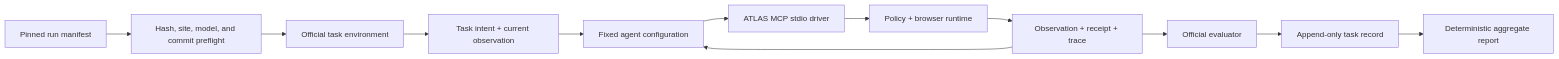
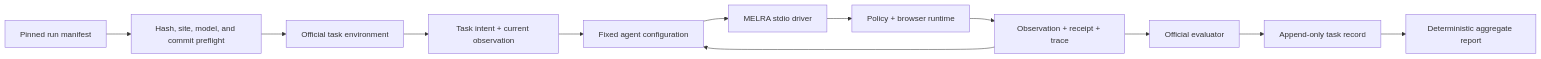
One commit to XAGI-Lab/atlas-mcp changed the diagram in docs/superpowers/specs/2026-07-28-representative-browser-benchmark-design.md. Above: the diagram before and after it, drawn with Mermaid. The commit also changed other lines of this file and 149 other files, not shown here.

````diff
--- a/docs/superpowers/specs/2026-07-28-representative-browser-benchmark-design.md
+++ b/docs/superpowers/specs/2026-07-28-representative-browser-benchmark-design.md
@@ -198,14 +198,14 @@
 ```mermaid
 flowchart LR
     Manifest["Pinned run manifest"] --> Preflight["Hash, site, model, and commit preflight"]
     Preflight --> Environment["Official task environment"]
     Environment --> Observation["Task intent + current observation"]
     Observation --> Agent["Fixed agent configuration"]
-    Agent --> Driver["ATLAS MCP stdio driver"]
+    Agent --> Driver["MELRA stdio driver"]
     Driver --> Runtime["Policy + browser runtime"]
     Runtime --> Evidence["Observation + receipt + trace"]
     Evidence --> Agent
     Evidence --> Evaluator["Official evaluator"]
     Evaluator --> Record["Append-only task record"]
     Record --> Report["Deterministic aggregate report"]
 ```
````
